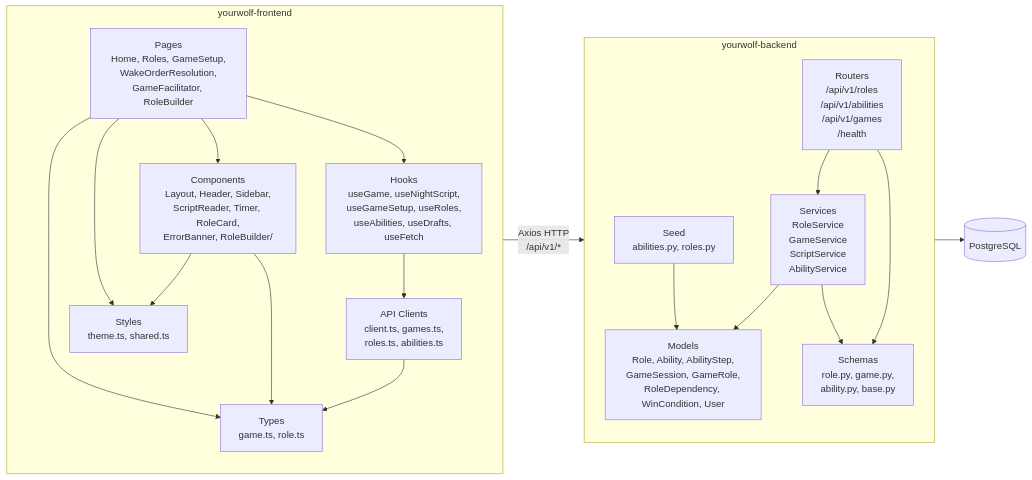
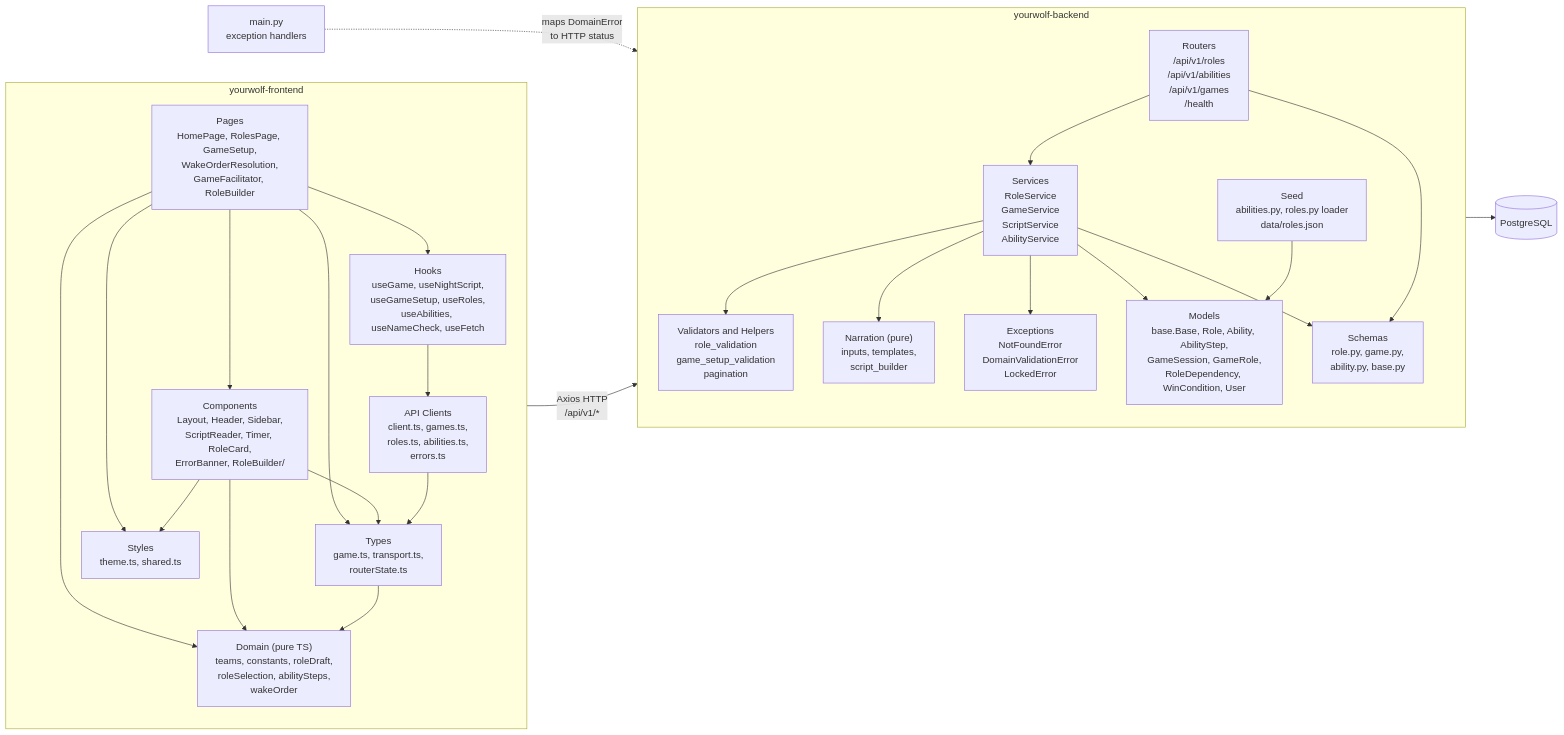
The second of 3 diagrams in docs/ARCHITECTURE.md (threnjen/yourwolf-monorepo), drawn with Mermaid before and after one commit. The commit also changed other lines of this file and 209 other files, not shown here.

````diff
--- a/docs/ARCHITECTURE.md
+++ b/docs/ARCHITECTURE.md
@@ -30,39 +30,51 @@
 ```mermaid
 flowchart LR
     subgraph Frontend["yourwolf-frontend"]
         direction TB
-        Pages["Pages<br>Home, Roles, GameSetup,<br>WakeOrderResolution,<br>GameFacilitator, RoleBuilder"]
+        Pages["Pages<br>HomePage, RolesPage, GameSetup,<br>WakeOrderResolution,<br>GameFacilitator, RoleBuilder"]
         Components["Components<br>Layout, Header, Sidebar,<br>ScriptReader, Timer, RoleCard,<br>ErrorBanner, RoleBuilder/"]
-        Hooks["Hooks<br>useGame, useNightScript,<br>useGameSetup, useRoles,<br>useAbilities, useDrafts, useFetch"]
-        API["API Clients<br>client.ts, games.ts,<br>roles.ts, abilities.ts"]
-        Types["Types<br>game.ts, role.ts"]
+        Hooks["Hooks<br>useGame, useNightScript,<br>useGameSetup, useRoles,<br>useAbilities, useNameCheck, useFetch"]
+        API["API Clients<br>client.ts, games.ts,<br>roles.ts, abilities.ts,<br>errors.ts"]
+        Types["Types<br>game.ts, transport.ts,<br>routerState.ts"]
+        Domain["Domain (pure TS)<br>teams, constants, roleDraft,<br>roleSelection, abilitySteps,<br>wakeOrder"]
         Styles["Styles<br>theme.ts, shared.ts"]
 
         Pages --> Components
         Pages --> Hooks
         Hooks --> API
         Pages --> Types
         Components --> Types
         API --> Types
+        Pages --> Domain
+        Components --> Domain
+        Types --> Domain
         Pages --> Styles
         Components --> Styles
     end
 
     subgraph Backend["yourwolf-backend"]
         direction TB
         Routers["Routers<br>/api/v1/roles<br>/api/v1/abilities<br>/api/v1/games<br>/health"]
         Services["Services<br>RoleService<br>GameService<br>ScriptService<br>AbilityService"]
-        Models["Models<br>Role, Ability, AbilityStep,<br>GameSession, GameRole,<br>RoleDependency, WinCondition, User"]
+        Validators["Validators and Helpers<br>role_validation<br>game_setup_validation<br>pagination"]
+        Narration["Narration (pure)<br>inputs, templates,<br>script_builder"]
+        Exceptions["Exceptions<br>NotFoundError<br>DomainValidationError<br>LockedError"]
+        Models["Models<br>base.Base, Role, Ability, AbilityStep,<br>GameSession, GameRole,<br>RoleDependency, WinCondition, User"]
         Schemas["Schemas<br>role.py, game.py,<br>ability.py, base.py"]
-        Seed["Seed<br>abilities.py, roles.py"]
+        Seed["Seed<br>abilities.py, roles.py loader<br>data/roles.json"]
 
         Routers --> Services
+        Services --> Validators
+        Services --> Narration
+        Services --> Exceptions
         Services --> Models
         Routers --> Schemas
         Services --> Schemas
         Seed --> Models
     end
 
+    Main["main.py<br>exception handlers"] -.->|"maps DomainError<br>to HTTP status"| Exceptions
+
     API -->|"Axios HTTP<br>/api/v1/*"| Routers
     Models --> DB[(PostgreSQL)]
 ```
````
